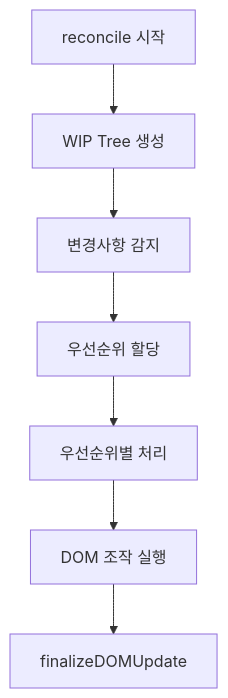
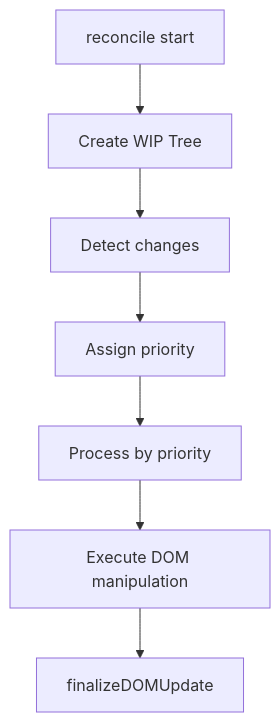
Before and after one commit to barocss/barocss-editor: the diagram in docs/architecture-reconcile-algorithm.md, drawn with Mermaid. The commit also changed other lines of this file and 106 other files, not shown here.

````diff
--- a/docs/architecture-reconcile-algorithm.md
+++ b/docs/architecture-reconcile-algorithm.md
@@ -91,9 +91,9 @@
 ```mermaid
 graph TD
-    A[reconcile 시작] --> B[WIP Tree 생성]
-    B --> C[변경사항 감지]
-    C --> D[우선순위 할당]
-    D --> E[우선순위별 처리]
-    E --> F[DOM 조작 실행]
+    A[reconcile start] --> B[Create WIP Tree]
+    B --> C[Detect changes]
+    C --> D[Assign priority]
+    D --> E[Process by priority]
+    E --> F[Execute DOM manipulation]
     F --> G[finalizeDOMUpdate]
 ```
````
